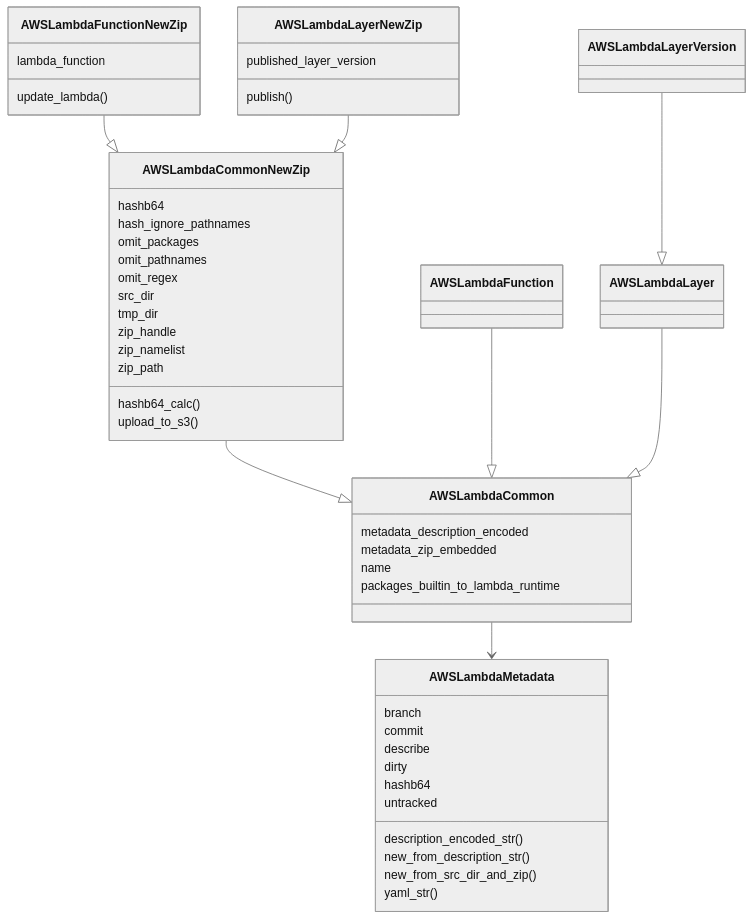
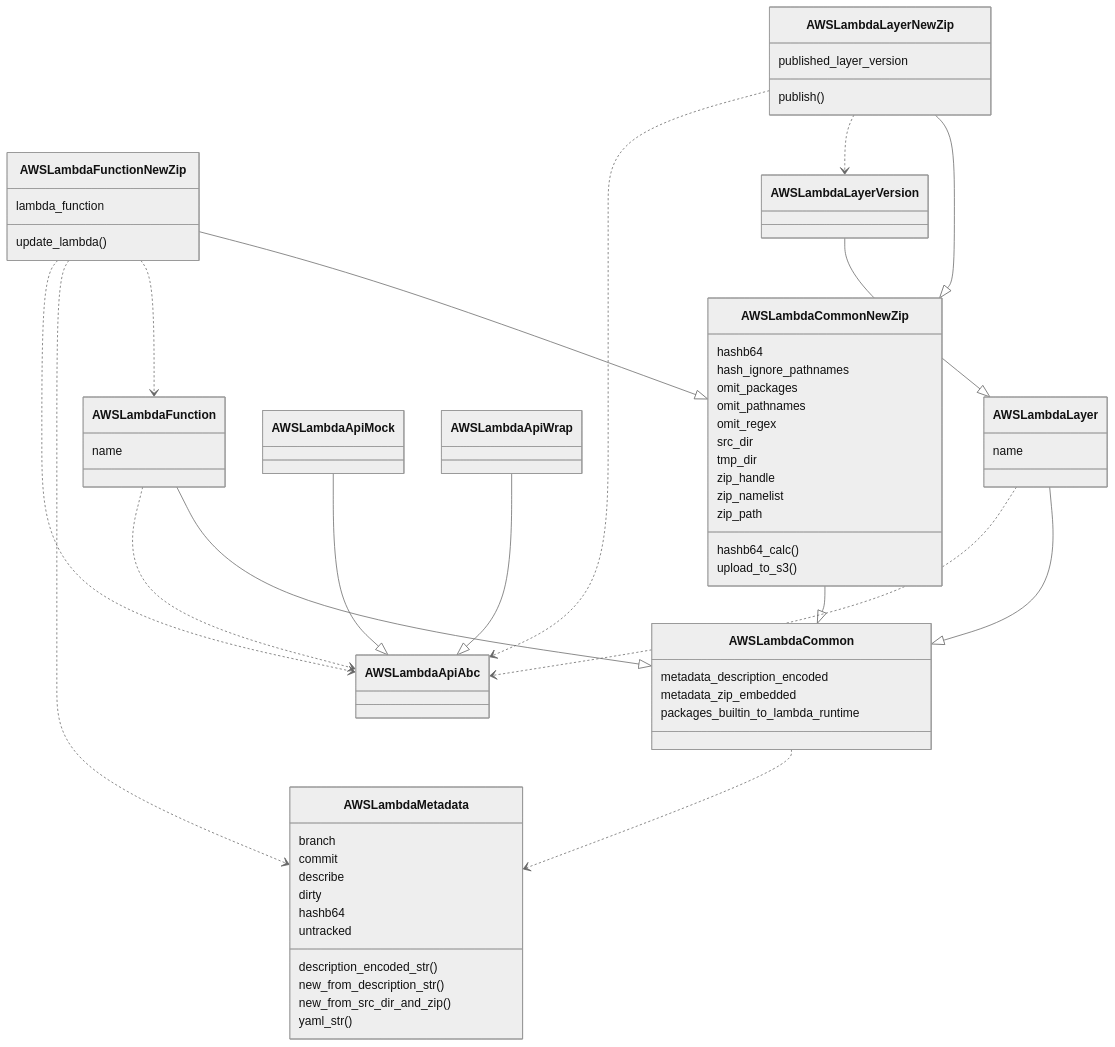
One commit to jeffsw/lambda_zip changed the diagram in DEVNOTES.md. Above: the diagram before and after it, drawn with Mermaid (neutral theme).

Commit message:
GH-2: a little work on refactor class diagram

````diff
--- a/DEVNOTES.md
+++ b/DEVNOTES.md
@@ -43,58 +43,79 @@
 ```mermaid
 classDiagram
     AWSLambdaCommonNewZip --|> AWSLambdaCommon
 
     AWSLambdaFunction --|> AWSLambdaCommon
     AWSLambdaFunctionNewZip --|> AWSLambdaCommonNewZip
 
     AWSLambdaLayer --|> AWSLambdaCommon
+
     AWSLambdaLayerNewZip --|> AWSLambdaCommonNewZip
+    AWSLambdaLayerNewZip ..> AWSLambdaLayerVersion
     AWSLambdaLayerVersion --|> AWSLambdaLayer
 
-    AWSLambdaCommon --> AWSLambdaMetadata
+    AWSLambdaCommon ..> AWSLambdaMetadata
+
+    AWSLambdaFunctionNewZip ..> AWSLambdaFunction
+    AWSLambdaFunctionNewZip ..> AWSLambdaMetadata
+
+    AWSLambdaApiAbc
+    AWSLambdaApiMock --|> AWSLambdaApiAbc
+    AWSLambdaApiWrap --|> AWSLambdaApiAbc
+
+    AWSLambdaFunction ..> AWSLambdaApiAbc
+    AWSLambdaFunctionNewZip ..> AWSLambdaApiAbc
+    AWSLambdaLayer ..> AWSLambdaApiAbc
+    AWSLambdaLayerNewZip ..> AWSLambdaApiAbc
+
+    class AWSLambdaFunction {
+        name
+    }
+
+    class AWSLambdaLayer {
+        name
+    }
 
     class AWSLambdaCommon {
         metadata_description_encoded
         metadata_zip_embedded
-        name
         packages_builtin_to_lambda_runtime
     }
 
     class AWSLambdaCommonNewZip {
         hashb64
         hash_ignore_pathnames
         omit_packages
         omit_pathnames
         omit_regex
         src_dir
         tmp_dir
         zip_handle
         zip_namelist
         zip_path
         hashb64_calc()
         upload_to_s3()
     }
     
     class AWSLambdaFunctionNewZip {
         lambda_function
         update_lambda()
     }
     
     class AWSLambdaLayerNewZip {
         published_layer_version
         publish()
     }
     
     class AWSLambdaMetadata {
         branch
         commit
         describe
         dirty
         hashb64
         untracked
         description_encoded_str()
         new_from_description_str()
         new_from_src_dir_and_zip()
         yaml_str()
     }
 ```
````
